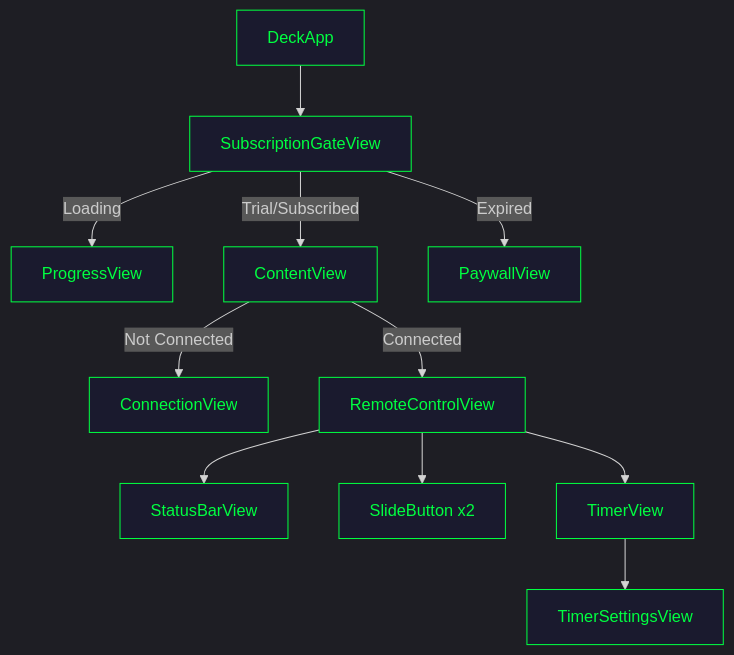
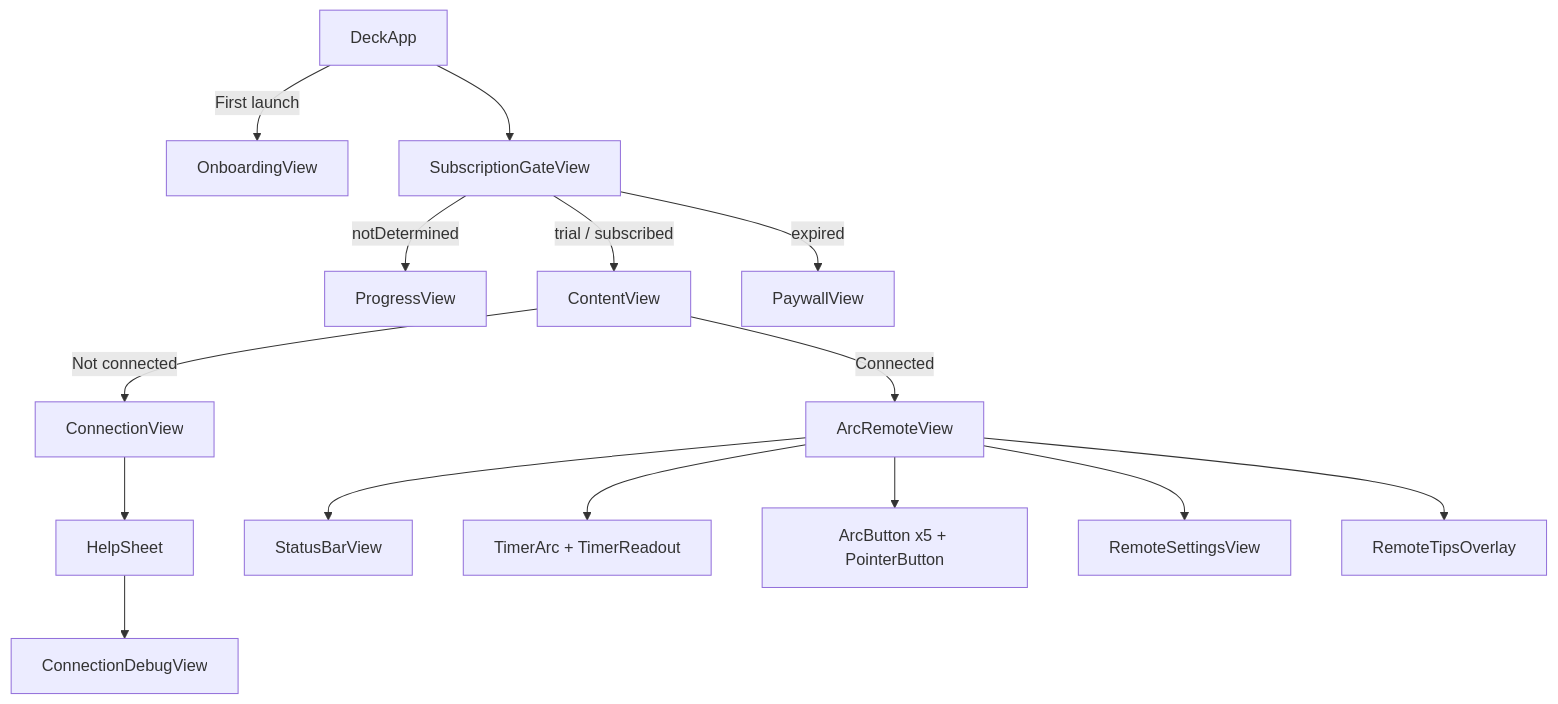
One commit to douinc/deck changed the third of 4 diagrams in wiki/Architecture.md. Above: the diagram before and after it, drawn with Mermaid. The commit also changed other lines of this file and 18 other files, not shown here.

````diff
--- a/wiki/Architecture.md
+++ b/wiki/Architecture.md
@@ -246,19 +145,20 @@
 ```mermaid
-%%{init: {'theme': 'dark'}}%%
 graph TD
-    App[DeckApp] --> Gate[SubscriptionGateView]
-    Gate -->|Loading| Progress[ProgressView]
-    Gate -->|Trial/Subscribed| Content[ContentView]
-    Gate -->|Expired| Paywall[PaywallView]
+    App[DeckApp] -->|First launch| Onboarding[OnboardingView]
+    App --> Gate[SubscriptionGateView]
+    Gate -->|notDetermined| Progress[ProgressView]
+    Gate -->|trial / subscribed| Content[ContentView]
+    Gate -->|expired| Paywall[PaywallView]
 
-    Content -->|Not Connected| Connection[ConnectionView]
-    Content -->|Connected| Remote[RemoteControlView]
+    Content -->|Not connected| Connection[ConnectionView]
+    Content -->|Connected| Remote[ArcRemoteView]
 
-    Remote --> StatusBar[StatusBarView]
-    Remote --> Buttons[SlideButton x2]
-    Remote --> TimerView[TimerView]
+    Connection --> Help[HelpSheet]
+    Help --> Debug[ConnectionDebugView]
 
-    TimerView --> Settings[TimerSettingsView]
-
-    classDef default fill:#1a1a2e,stroke:#00ff41,color:#00ff41
+    Remote --> Status[StatusBarView]
+    Remote --> Arc[TimerArc + TimerReadout]
+    Remote --> Controls[ArcButton x5 + PointerButton]
+    Remote --> Settings[RemoteSettingsView]
+    Remote --> Tips[RemoteTipsOverlay]
 ```
````
